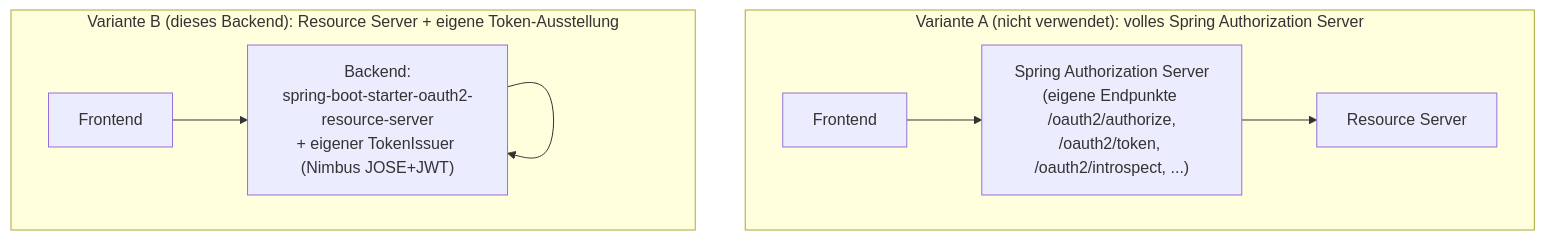
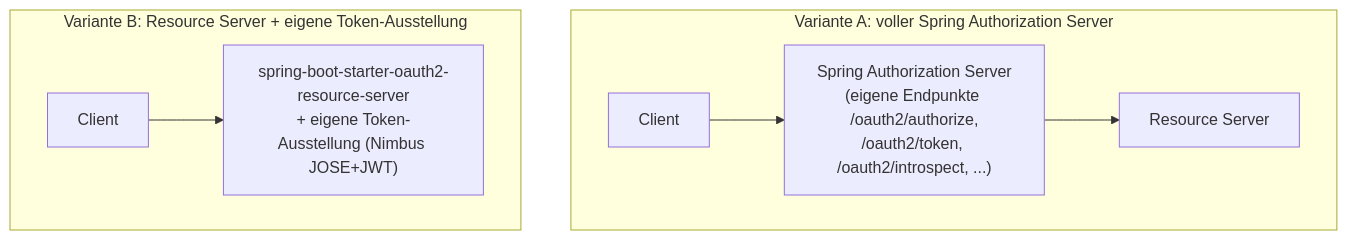
Before and after one commit to design-daas-fra-uas/design-daas-backend-java: the eighth of 12 diagrams in chapter-2-theoretischer-hintergrund.md, drawn with Mermaid. The commit also changed other lines of this file and 5 other files, not shown here.

````diff
--- a/chapter-2-theoretischer-hintergrund.md
+++ b/chapter-2-theoretischer-hintergrund.md
@@ -364,13 +398,12 @@
 ```mermaid
 flowchart TB
-    subgraph VarianteA["Variante A (nicht verwendet): volles Spring Authorization Server"]
+    subgraph VarianteA["Variante A: voller Spring Authorization Server"]
         direction LR
-        FE1["Frontend"] --> SAS["Spring Authorization Server\n(eigene Endpunkte /oauth2/authorize,\n/oauth2/token, /oauth2/introspect, ...)"]
+        FE1["Client"] --> SAS["Spring Authorization Server\n(eigene Endpunkte /oauth2/authorize,\n/oauth2/token, /oauth2/introspect, ...)"]
         SAS --> RS1["Resource Server"]
     end
-    subgraph VarianteB["Variante B (dieses Backend): Resource Server + eigene Token-Ausstellung"]
+    subgraph VarianteB["Variante B: Resource Server + eigene Token-Ausstellung"]
         direction LR
-        FE2["Frontend"] --> BE2["Backend:\nspring-boot-starter-oauth2-resource-server\n+ eigener TokenIssuer (Nimbus JOSE+JWT)"]
-        BE2 --> BE2
+        FE2["Client"] --> BE2["spring-boot-starter-oauth2-resource-server\n+ eigene Token-Ausstellung (Nimbus JOSE+JWT)"]
     end
 ```
````
